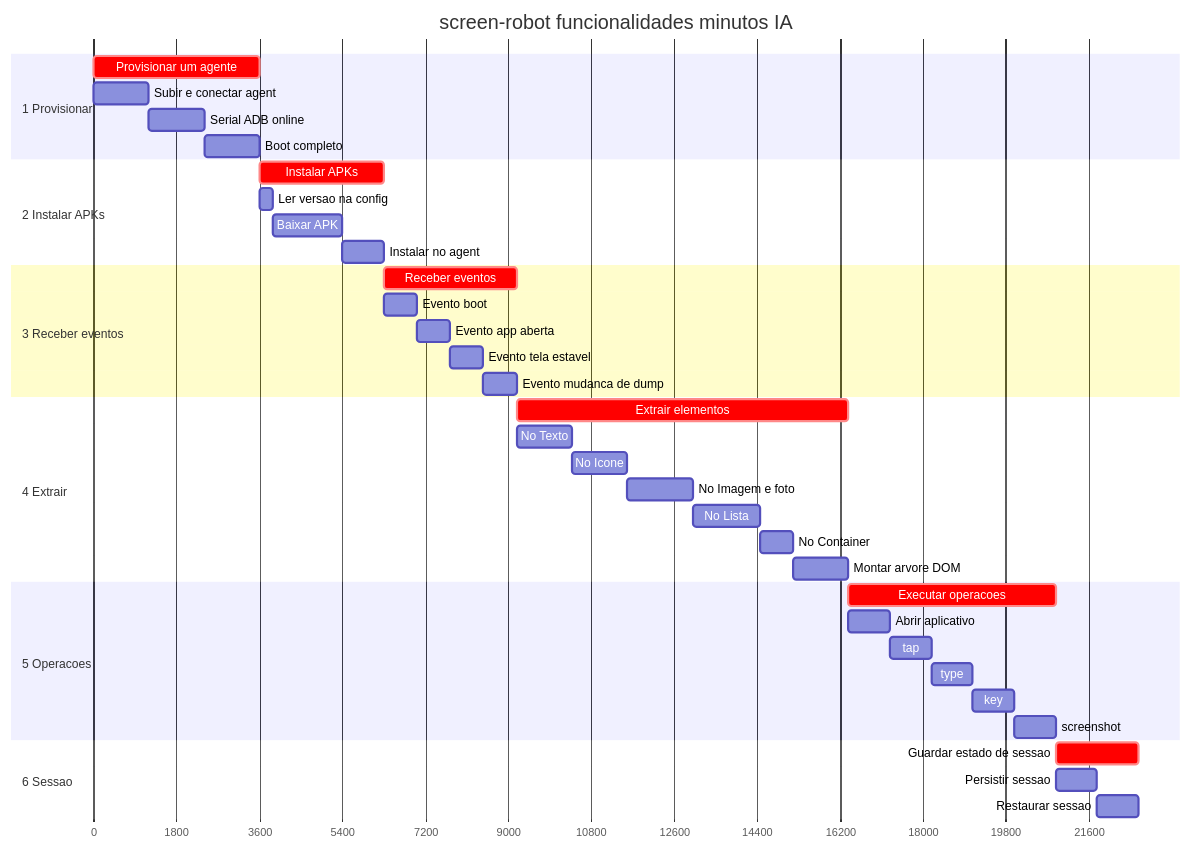
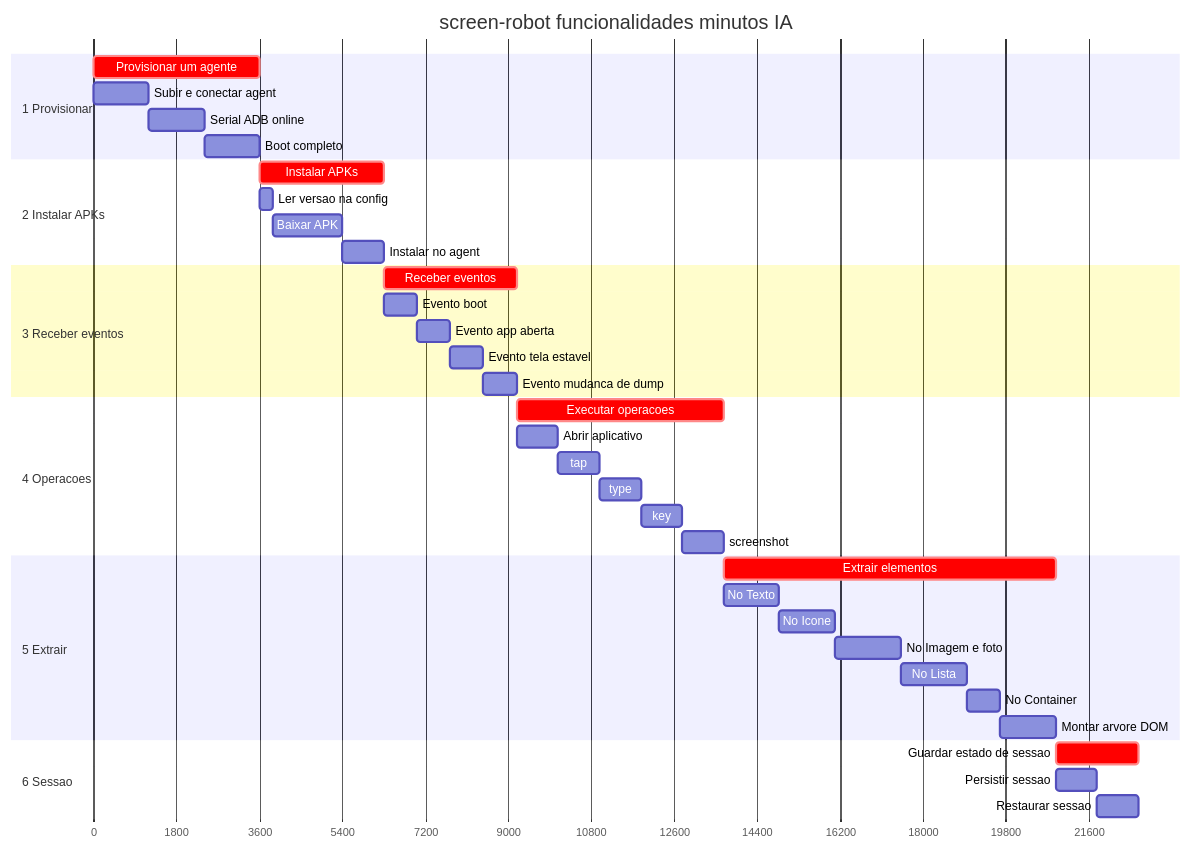
Before and after one commit to laerciogermano/workstation: the second of 3 diagrams in core/tasks/README.md, drawn with Mermaid. The commit also changed other lines of this file and 5 other files, not shown here.

First line of the commit message:
Coloca Executar operações antes de Extrair elementos no screen-robot.

````diff
--- a/core/tasks/README.md
+++ b/core/tasks/README.md
@@ -94,47 +94,47 @@
 ```mermaid
 gantt
   title screen-robot funcionalidades minutos IA
   dateFormat X
   axisFormat %s
 
   section 1 Provisionar
   Provisionar um agente     :crit, p0, 0, 60m
   Subir e conectar agent    :p1, 0, 20m
   Serial ADB online         :p2, after p1, 20m
   Boot completo             :p3, after p2, 20m
 
   section 2 Instalar APKs
   Instalar APKs             :crit, i0, after p0, 45m
   Ler versao na config      :i1, after p0, 5m
   Baixar APK                :i2, after i1, 25m
   Instalar no agent         :i3, after i2, 15m
 
   section 3 Receber eventos
   Receber eventos           :crit, e0, after i0, 48m
   Evento boot               :e1, after i0, 12m
   Evento app aberta         :e2, after e1, 12m
   Evento tela estavel       :e3, after e2, 12m
   Evento mudanca de dump    :e4, after e3, 12m
 
-  section 4 Extrair
-  Extrair elementos         :crit, x0, after e0, 120m
-  No Texto                  :x1, after e0, 20m
+  section 4 Operacoes
+  Executar operacoes        :crit, o0, after e0, 75m
+  Abrir aplicativo          :o1, after e0, 15m
+  tap                       :o2, after o1, 15m
+  type                      :o3, after o2, 15m
+  key                       :o4, after o3, 15m
+  screenshot                :o5, after o4, 15m
+
+  section 5 Extrair
+  Extrair elementos         :crit, x0, after o0, 120m
+  No Texto                  :x1, after o0, 20m
   No Icone                  :x2, after x1, 20m
   No Imagem e foto          :x3, after x2, 24m
   No Lista                  :x4, after x3, 24m
   No Container              :x5, after x4, 12m
   Montar arvore DOM         :x6, after x5, 20m
 
-  section 5 Operacoes
-  Executar operacoes        :crit, o0, after x0, 75m
-  Abrir aplicativo          :o1, after x0, 15m
-  tap                       :o2, after o1, 15m
-  type                      :o3, after o2, 15m
-  key                       :o4, after o3, 15m
-  screenshot                :o5, after o4, 15m
-
   section 6 Sessao
-  Guardar estado de sessao  :crit, s0, after o0, 30m
-  Persistir sessao          :s1, after o0, 15m
+  Guardar estado de sessao  :crit, s0, after x0, 30m
+  Persistir sessao          :s1, after x0, 15m
   Restaurar sessao          :s2, after s1, 15m
 ```
````
